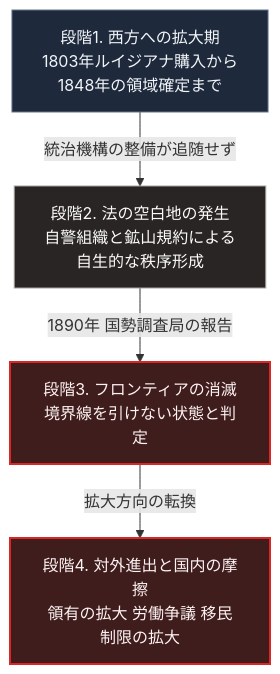
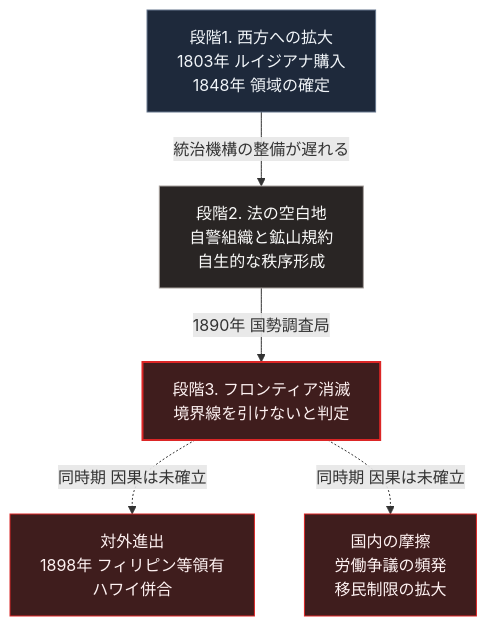
One commit to Takenori-Kusaka/zenn-content changed the diagram in books/sovereign-resilience-blueprint/08_american-frontier-self-reliance.md. Above: the diagram before and after it, drawn with Mermaid. The commit also changed other lines of this file and 114 other files, not shown here.

````diff
--- a/books/sovereign-resilience-blueprint/08_american-frontier-self-reliance.md
+++ b/books/sovereign-resilience-blueprint/08_american-frontier-self-reliance.md
@@ -57,12 +57,14 @@
 ```mermaid
 flowchart TD
-    P1[段階1. 西方への拡大期<br>1803年ルイジアナ購入から<br>1848年の領域確定まで]
-    P1 -->|統治機構の整備が追随せず| P2[段階2. 法の空白地の発生<br>自警組織と鉱山規約による<br>自生的な秩序形成]
-    P2 -->|1890年 国勢調査局の報告| P3[段階3. フロンティアの消滅<br>境界線を引けない状態と判定]
-    P3 -->|拡大方向の転換| P4[段階4. 対外進出と国内の摩擦<br>領有の拡大 労働争議 移民制限の拡大]
+    P1[段階1. 西方への拡大<br>1803年 ルイジアナ購入<br>1848年 領域の確定]
+    P1 -->|統治機構の整備が遅れる| P2[段階2. 法の空白地<br>自警組織と鉱山規約<br>自生的な秩序形成]
+    P2 -->|1890年 国勢調査局| P3[段階3. フロンティア消滅<br>境界線を引けないと判定]
+    P3 -.->|同時期 因果は未確立| P4a[対外進出<br>1898年 フィリピン等領有<br>ハワイ併合]
+    P3 -.->|同時期 因果は未確立| P4b[国内の摩擦<br>労働争議の頻発<br>移民制限の拡大]
 
     style P1 fill:#1e293b,stroke:#64748b,color:#f1f5f9
     style P2 fill:#292524,stroke:#a8a29e,color:#fafaf9
     style P3 fill:#3f1d1d,stroke:#dc2626,stroke-width:2px,color:#fef2f2
-    style P4 fill:#3f1d1d,stroke:#dc2626,stroke-width:2px,color:#fef2f2
+    style P4a fill:#3f1d1d,stroke:#dc2626,color:#fef2f2
+    style P4b fill:#3f1d1d,stroke:#dc2626,color:#fef2f2
 ```
````
